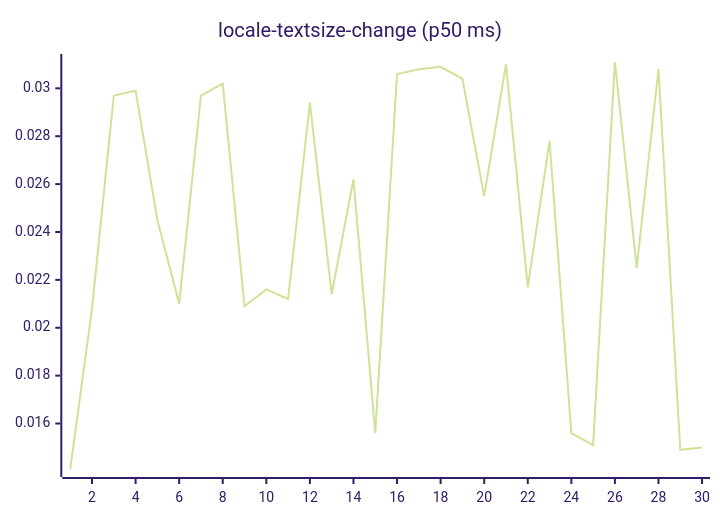
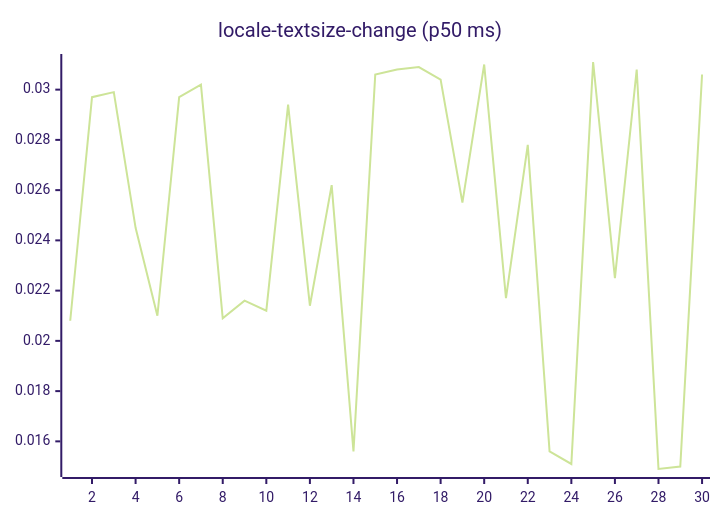
One commit to josha/Facet changed diagram 13 of 27 in README.md. Above: the diagram before and after it, drawn with Mermaid (forest theme). The commit also changed other lines of this file and 2 other files, not shown here.

````diff
--- a/README.md
+++ b/README.md
@@ -147,6 +147,6 @@
 ```mermaid
 xychart-beta
     title "locale-textsize-change (p50 ms)"
     x-axis 1 --> 30
-    line [0.0141, 0.0208, 0.0297, 0.0299, 0.0245, 0.0210, 0.0297, 0.0302, 0.0209, 0.0216, 0.0212, 0.0294, 0.0214, 0.0262, 0.0156, 0.0306, 0.0308, 0.0309, 0.0304, 0.0255, 0.0310, 0.0217, 0.0278, 0.0156, 0.0151, 0.0311, 0.0225, 0.0308, 0.0149, 0.0150]
+    line [0.0208, 0.0297, 0.0299, 0.0245, 0.0210, 0.0297, 0.0302, 0.0209, 0.0216, 0.0212, 0.0294, 0.0214, 0.0262, 0.0156, 0.0306, 0.0308, 0.0309, 0.0304, 0.0255, 0.0310, 0.0217, 0.0278, 0.0156, 0.0151, 0.0311, 0.0225, 0.0308, 0.0149, 0.0150, 0.0306]
 ```
````
